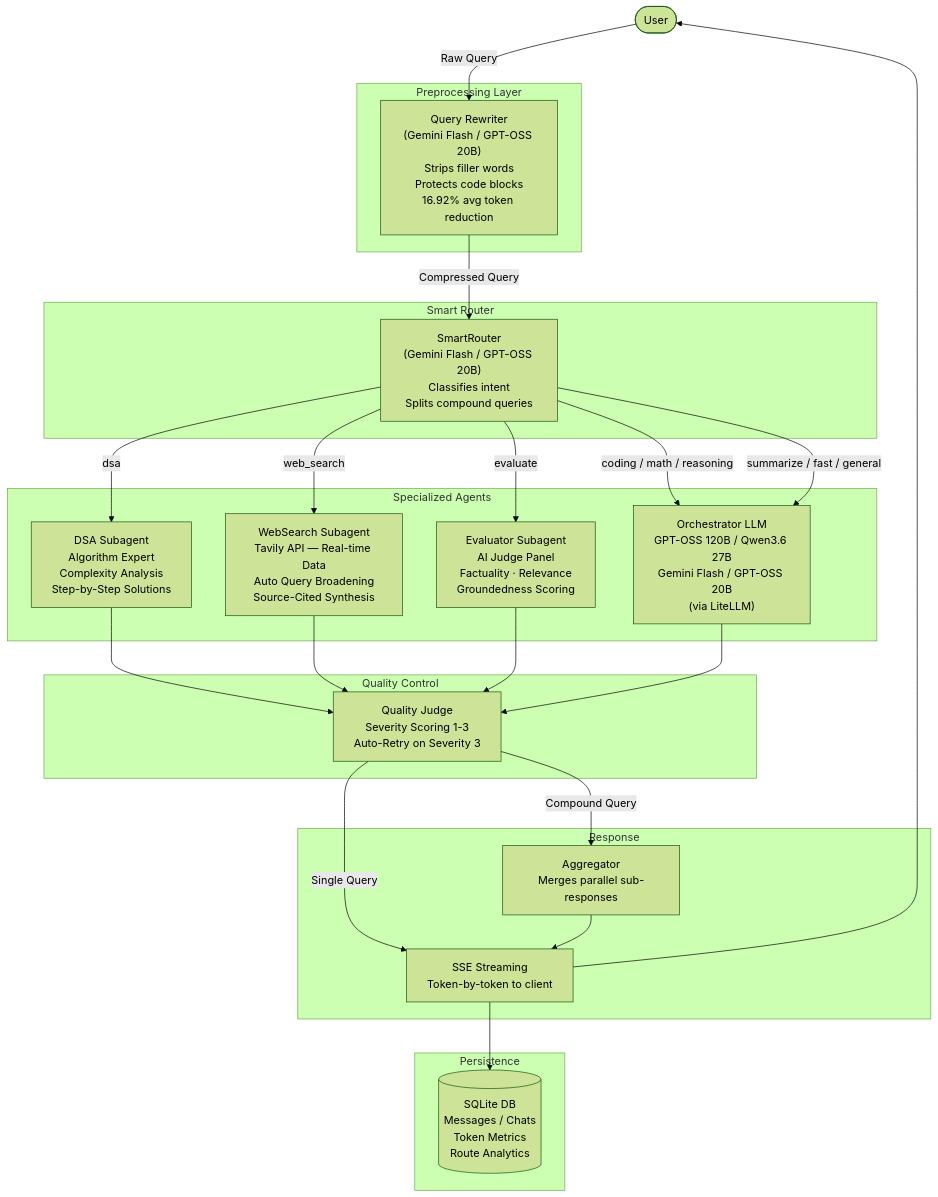
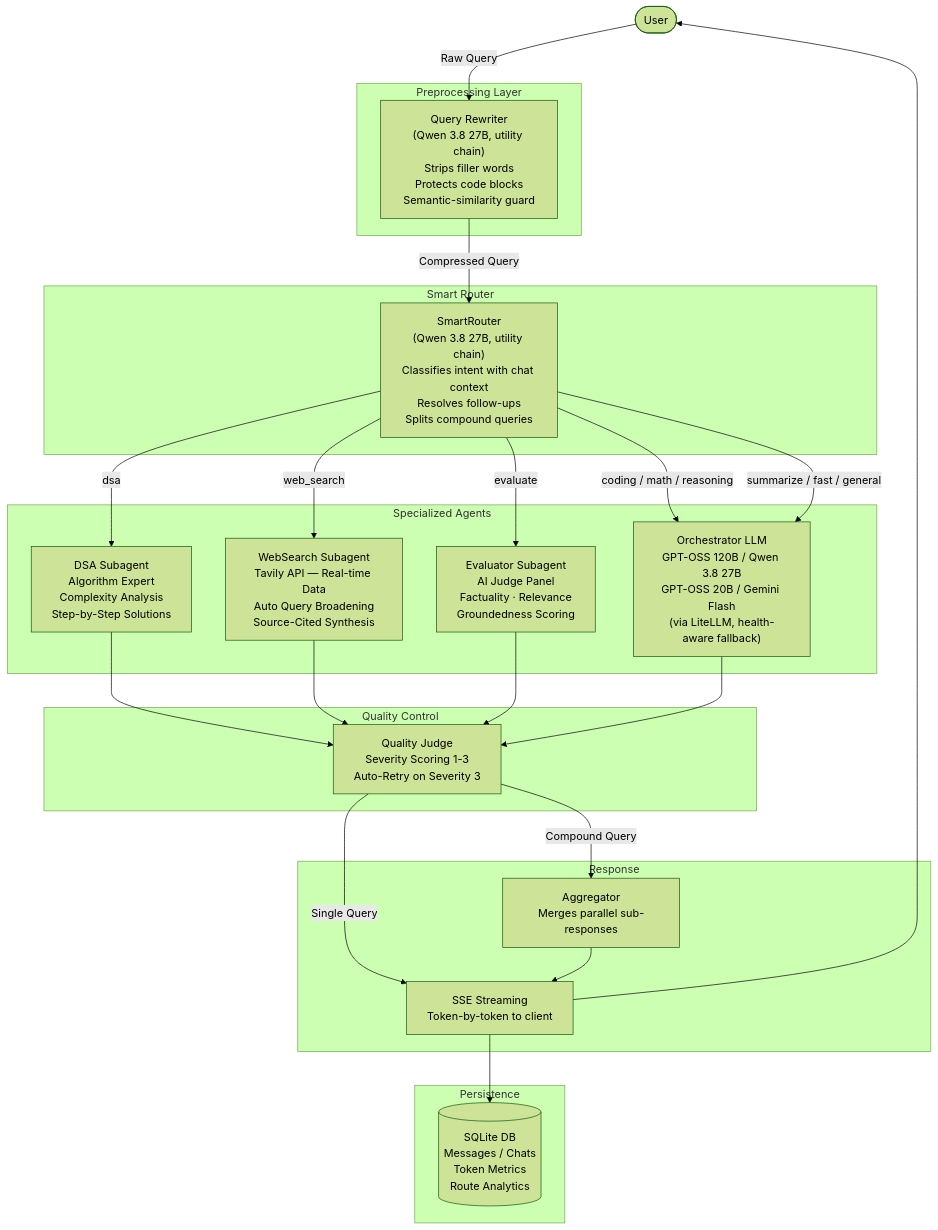
Before and after one commit to karthik-0306/PrismAI: the diagram in README.md, drawn with Mermaid (forest theme). The commit also changed other lines of this file and 33 other files, not shown here.

````diff
--- a/README.md
+++ b/README.md
@@ -26,52 +26,52 @@
 ```mermaid
 flowchart TD
     U([User]) -->|Raw Query| RW
 
     subgraph PREPROCESSING["Preprocessing Layer"]
-        RW["Query Rewriter\n(Gemini Flash / GPT-OSS 20B)\nStrips filler words\nProtects code blocks\n16.92% avg token reduction"]
+        RW["Query Rewriter\n(Qwen 3.8 27B, utility chain)\nStrips filler words\nProtects code blocks\nSemantic-similarity guard"]
     end
 
     RW -->|Compressed Query| SR
 
     subgraph ROUTING["Smart Router"]
-        SR["SmartRouter\n(Gemini Flash / GPT-OSS 20B)\nClassifies intent\nSplits compound queries"]
+        SR["SmartRouter\n(Qwen 3.8 27B, utility chain)\nClassifies intent with chat context\nResolves follow-ups\nSplits compound queries"]
     end
 
     SR -->|dsa| DSA
     SR -->|web_search| WS
     SR -->|evaluate| EV
     SR -->|coding / math / reasoning| LLM
     SR -->|summarize / fast / general| LLM
 
     subgraph AGENTS["Specialized Agents"]
         DSA["DSA Subagent\nAlgorithm Expert\nComplexity Analysis\nStep-by-Step Solutions"]
         WS["WebSearch Subagent\nTavily API — Real-time Data\nAuto Query Broadening\nSource-Cited Synthesis"]
         EV["Evaluator Subagent\nAI Judge Panel\nFactuality · Relevance\nGroundedness Scoring"]
-        LLM["Orchestrator LLM\nGPT-OSS 120B / Qwen3.6 27B\nGemini Flash / GPT-OSS 20B\n(via LiteLLM)"]
+        LLM["Orchestrator LLM\nGPT-OSS 120B / Qwen 3.8 27B\nGPT-OSS 20B / Gemini Flash\n(via LiteLLM, health-aware fallback)"]
     end
 
     DSA --> JD
     WS --> JD
     EV --> JD
     LLM --> JD
 
     subgraph QUALITY["Quality Control"]
         JD["Quality Judge\nSeverity Scoring 1-3\nAuto-Retry on Severity 3"]
     end
 
     JD -->|Compound Query| AGG
     JD -->|Single Query| STREAM
 
     subgraph FINALIZE["Response"]
         AGG["Aggregator\nMerges parallel sub-responses"]
         STREAM["SSE Streaming\nToken-by-token to client"]
     end
 
     AGG --> STREAM
     STREAM --> DB
     STREAM --> U
 
     subgraph PERSIST["Persistence"]
         DB[("SQLite DB\nMessages / Chats\nToken Metrics\nRoute Analytics")]
     end
 ```
````
